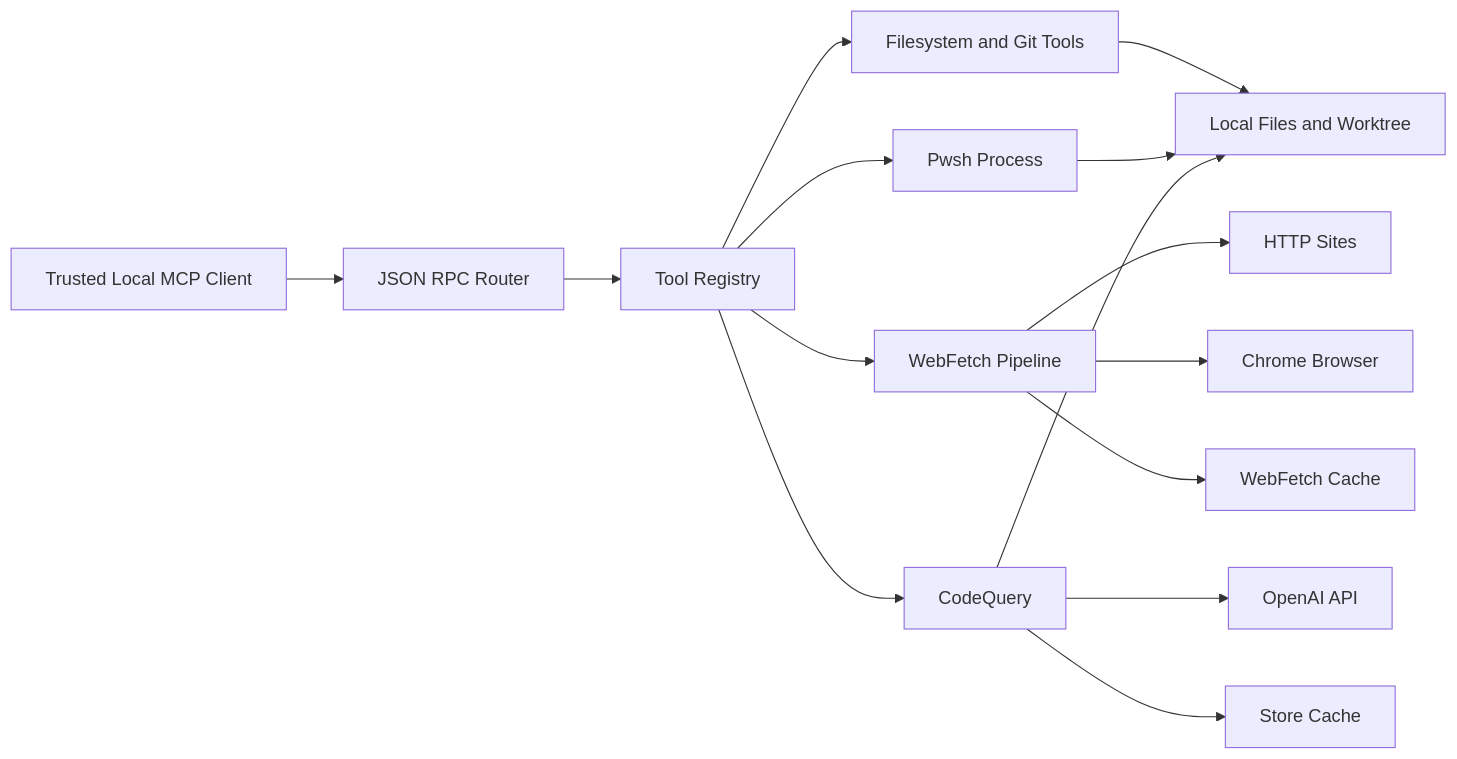
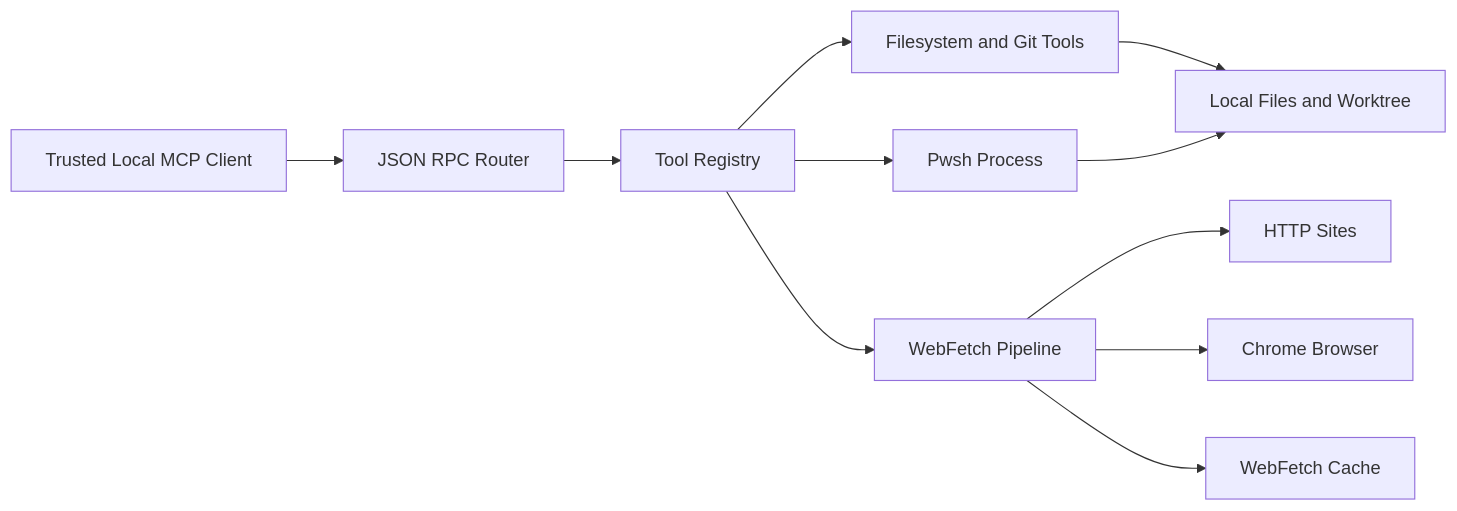
The diagram in tools-mcp-threat-model.md (danielchristiancazares/tools-mcp), drawn with Mermaid before and after one commit. The commit also changed other lines of this file and 55 other files, not shown here.

````diff
--- a/tools-mcp-threat-model.md
+++ b/tools-mcp-threat-model.md
@@ -67,17 +59,13 @@
 ```mermaid
 flowchart LR
   A["Trusted Local MCP Client"] --> B["JSON RPC Router"]
   B --> C["Tool Registry"]
   C --> D["Filesystem and Git Tools"]
   C --> E["Pwsh Process"]
   C --> F["WebFetch Pipeline"]
-  C --> G["CodeQuery"]
   D --> H["Local Files and Worktree"]
   E --> H
   F --> I["HTTP Sites"]
   F --> J["Chrome Browser"]
   F --> K["WebFetch Cache"]
-  G --> H
-  G --> L["OpenAI API"]
-  G --> M["Store Cache"]
 ```
````
